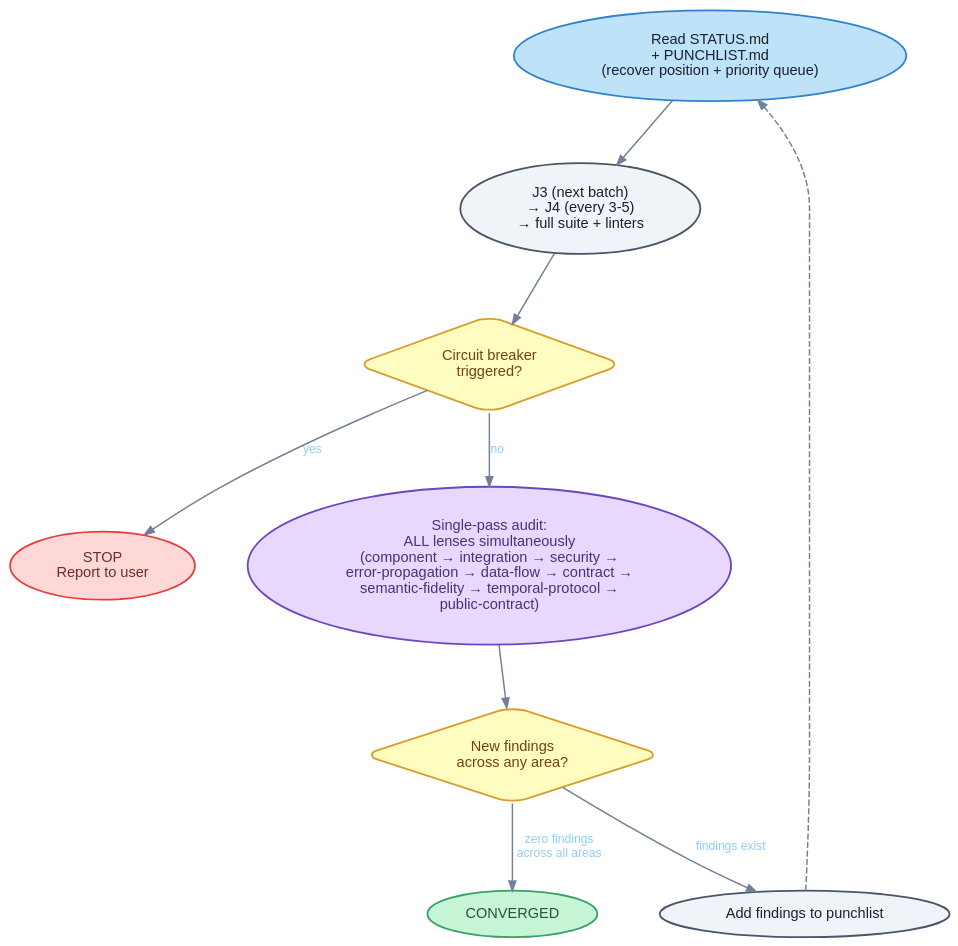
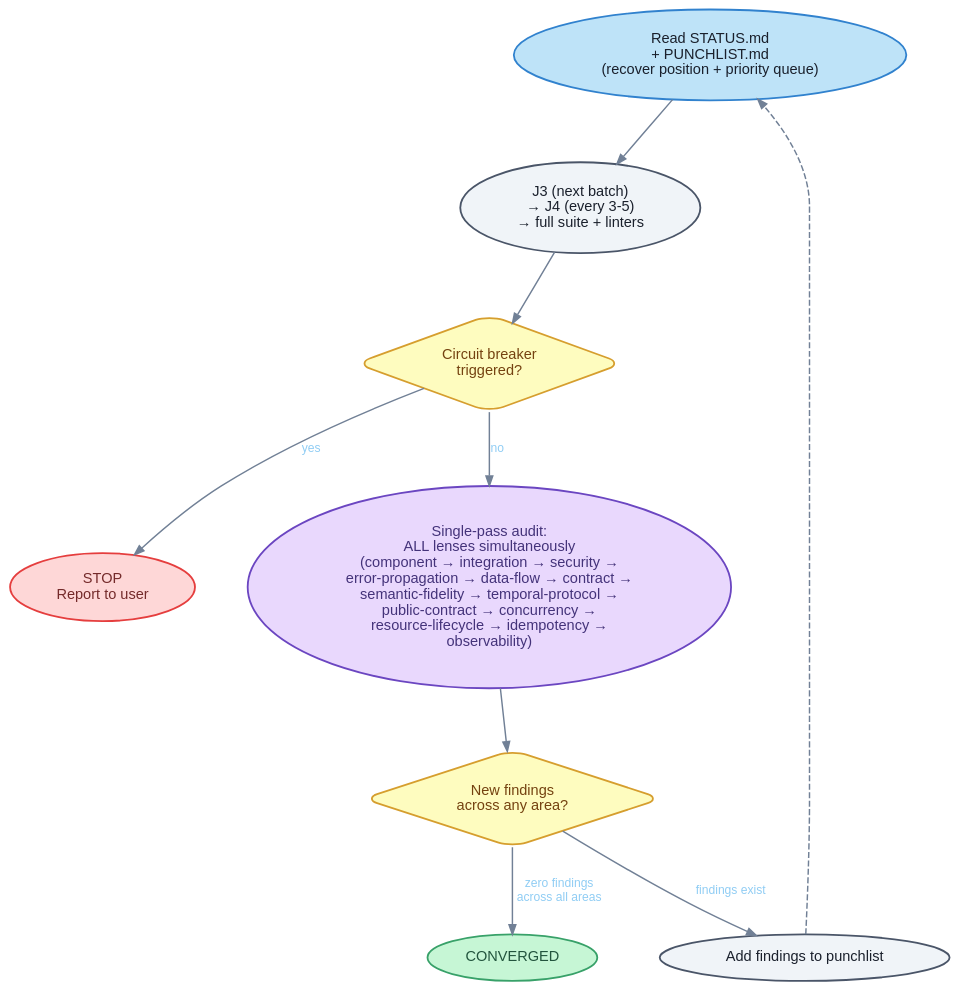
The diagram in docs/diagrams/justine-convergence.dot (jbrjake/holtz), drawn with Graphviz before and after one commit. The commit also changed 7 other files, not shown here.

```diff
--- a/docs/diagrams/justine-convergence.dot
+++ b/docs/diagrams/justine-convergence.dot
@@ -1,80 +1,80 @@
 digraph {
   rankdir=TB
   bgcolor="transparent"
   pad=0.4
   nodesep=0.6
   ranksep=0.7
 
   node [
     fontname="Helvetica"
     fontsize=12
     style="filled,rounded"
     fillcolor="#f0f4f8"
     color="#4a5568"
     fontcolor="#1a202c"
     penwidth=1.5
     margin="0.15,0.1"
   ]
 
   edge [
     fontname="Helvetica"
     fontsize=10
     fontcolor="#90cdf4"
     color="#718096"
     penwidth=1.2
     arrowsize=0.8
   ]
 
   recover [
     label="Read STATUS.md\n+ PUNCHLIST.md\n(recover position + priority queue)"
     fillcolor="#bee3f8"
     color="#3182ce"
   ]
   fix_loop [
     label="J3 (next batch)\n→ J4 (every 3-5)\n→ full suite + linters"
   ]
   breaker [
     label="Circuit breaker\ntriggered?"
     shape=diamond
     fillcolor="#fefcbf"
     color="#d69e2e"
     fontcolor="#744210"
   ]
   stop [
     label="STOP\nReport to user"
     fillcolor="#fed7d7"
     color="#e53e3e"
     fontcolor="#742a2a"
   ]
   scan [
-    label="Single-pass audit:\nALL lenses simultaneously\n(component → integration → security →\nerror-propagation → data-flow → contract →\nsemantic-fidelity → temporal-protocol →\npublic-contract)"
+    label="Single-pass audit:\nALL lenses simultaneously\n(component → integration → security →\nerror-propagation → data-flow → contract →\nsemantic-fidelity → temporal-protocol →\npublic-contract → concurrency →\nresource-lifecycle → idempotency →\nobservability)"
     fillcolor="#e9d8fd"
     color="#6b46c1"
     fontcolor="#44337a"
   ]
   found [
     label="New findings\nacross any area?"
     shape=diamond
     fillcolor="#fefcbf"
     color="#d69e2e"
     fontcolor="#744210"
   ]
   converged [
     label="CONVERGED"
     fillcolor="#c6f6d5"
     color="#38a169"
     fontcolor="#22543d"
   ]
   add [
     label="Add findings to punchlist"
   ]
 
   recover -> fix_loop
   fix_loop -> breaker
   breaker -> stop [label="yes"]
   breaker -> scan [label="no"]
   scan -> found
   found -> converged [label="zero findings\nacross all areas"]
   found -> add [label="findings exist"]
   add -> recover [style=dashed]
 }
```
